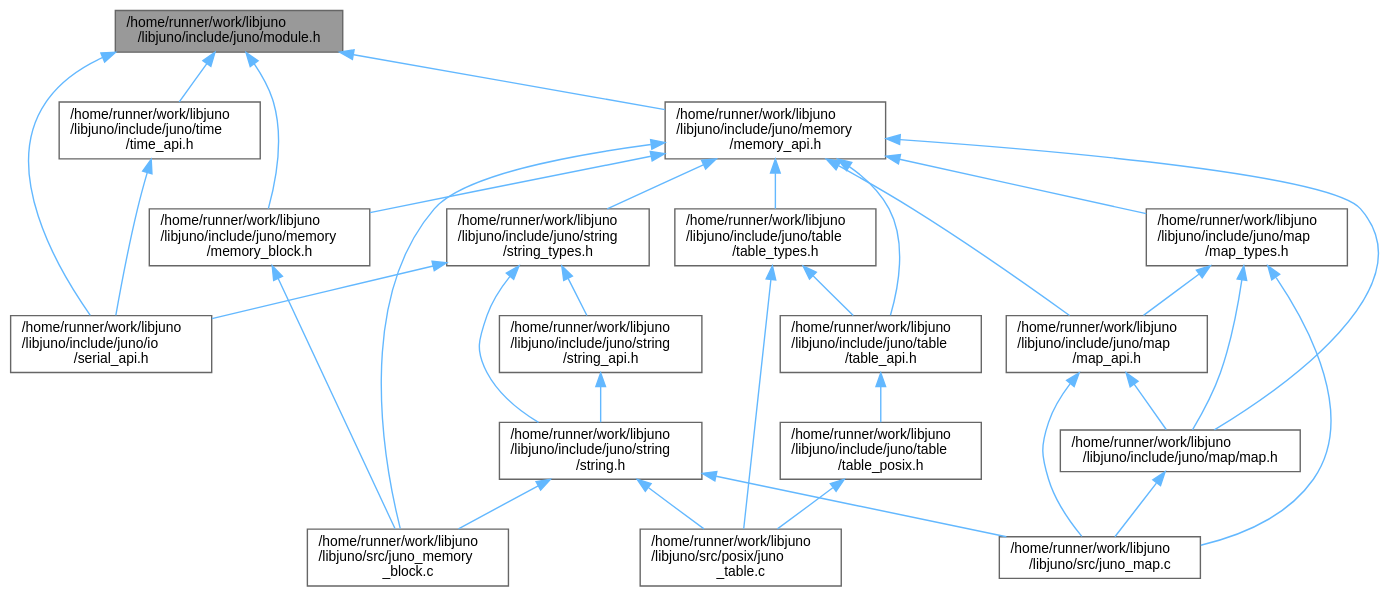
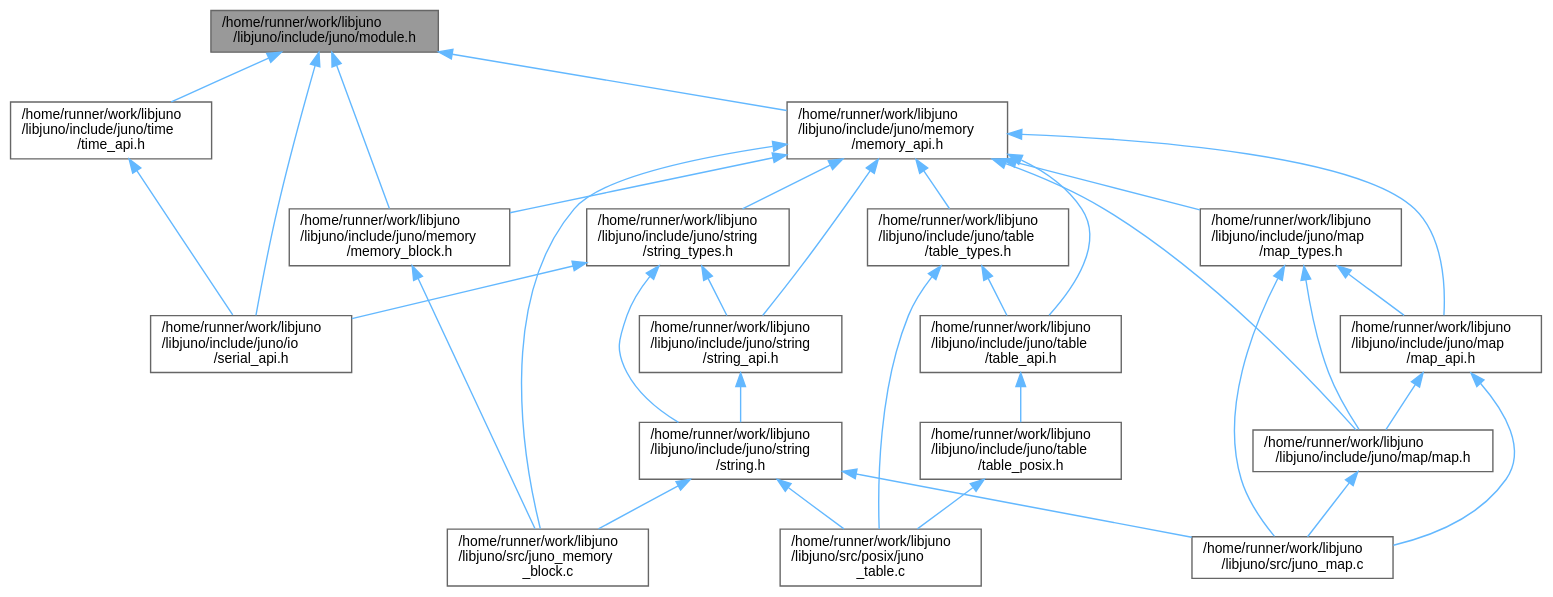
The diagram in module_8h__dep__incl.dot (robinonsay/libjuno), drawn with Graphviz before and after one commit. The commit also changed 192 other files, not shown here.

```diff
--- a/module_8h__dep__incl.dot
+++ b/module_8h__dep__incl.dot
@@ -1,55 +1,56 @@
 digraph "/home/runner/work/libjuno/libjuno/include/juno/module.h"
 {
  // LATEX_PDF_SIZE
   bgcolor="transparent";
   edge [fontname=Helvetica,fontsize=10,labelfontname=Helvetica,labelfontsize=10];
   node [fontname=Helvetica,fontsize=10,shape=box,height=0.2,width=0.4];
   Node1 [id="Node000001",label="/home/runner/work/libjuno\l/libjuno/include/juno/module.h",height=0.2,width=0.4,color="gray40", fillcolor="grey60", style="filled", fontcolor="black",tooltip=" "];
   Node1 -> Node2 [id="edge1_Node000001_Node000002",dir="back",color="steelblue1",style="solid",tooltip=" "];
   Node2 [id="Node000002",label="/home/runner/work/libjuno\l/libjuno/include/juno/io\l/serial_api.h",height=0.2,width=0.4,color="grey40", fillcolor="white", style="filled",URL="$serial__api_8h.html",tooltip=" "];
   Node1 -> Node3 [id="edge2_Node000001_Node000003",dir="back",color="steelblue1",style="solid",tooltip=" "];
   Node3 [id="Node000003",label="/home/runner/work/libjuno\l/libjuno/include/juno/memory\l/memory_api.h",height=0.2,width=0.4,color="grey40", fillcolor="white", style="filled",URL="$memory__api_8h.html",tooltip=" "];
   Node3 -> Node4 [id="edge3_Node000003_Node000004",dir="back",color="steelblue1",style="solid",tooltip=" "];
   Node4 [id="Node000004",label="/home/runner/work/libjuno\l/libjuno/include/juno/map/map.h",height=0.2,width=0.4,color="grey40", fillcolor="white", style="filled",URL="$map_8h.html",tooltip=" "];
   Node4 -> Node5 [id="edge4_Node000004_Node000005",dir="back",color="steelblue1",style="solid",tooltip=" "];
   Node5 [id="Node000005",label="/home/runner/work/libjuno\l/libjuno/src/juno_map.c",height=0.2,width=0.4,color="grey40", fillcolor="white", style="filled",URL="$juno__map_8c.html",tooltip=" "];
   Node3 -> Node6 [id="edge5_Node000003_Node000006",dir="back",color="steelblue1",style="solid",tooltip=" "];
   Node6 [id="Node000006",label="/home/runner/work/libjuno\l/libjuno/include/juno/map\l/map_api.h",height=0.2,width=0.4,color="grey40", fillcolor="white", style="filled",URL="$map__api_8h.html",tooltip=" "];
   Node6 -> Node4 [id="edge6_Node000006_Node000004",dir="back",color="steelblue1",style="solid",tooltip=" "];
   Node6 -> Node5 [id="edge7_Node000006_Node000005",dir="back",color="steelblue1",style="solid",tooltip=" "];
   Node3 -> Node7 [id="edge8_Node000003_Node000007",dir="back",color="steelblue1",style="solid",tooltip=" "];
   Node7 [id="Node000007",label="/home/runner/work/libjuno\l/libjuno/include/juno/map\l/map_types.h",height=0.2,width=0.4,color="grey40", fillcolor="white", style="filled",URL="$map__types_8h.html",tooltip=" "];
   Node7 -> Node4 [id="edge9_Node000007_Node000004",dir="back",color="steelblue1",style="solid",tooltip=" "];
   Node7 -> Node6 [id="edge10_Node000007_Node000006",dir="back",color="steelblue1",style="solid",tooltip=" "];
   Node7 -> Node5 [id="edge11_Node000007_Node000005",dir="back",color="steelblue1",style="solid",tooltip=" "];
   Node3 -> Node8 [id="edge12_Node000003_Node000008",dir="back",color="steelblue1",style="solid",tooltip=" "];
   Node8 [id="Node000008",label="/home/runner/work/libjuno\l/libjuno/include/juno/memory\l/memory_block.h",height=0.2,width=0.4,color="grey40", fillcolor="white", style="filled",URL="$memory__block_8h.html",tooltip=" "];
   Node8 -> Node9 [id="edge13_Node000008_Node000009",dir="back",color="steelblue1",style="solid",tooltip=" "];
   Node9 [id="Node000009",label="/home/runner/work/libjuno\l/libjuno/src/juno_memory\l_block.c",height=0.2,width=0.4,color="grey40", fillcolor="white", style="filled",URL="$juno__memory__block_8c.html",tooltip=" "];
   Node3 -> Node10 [id="edge14_Node000003_Node000010",dir="back",color="steelblue1",style="solid",tooltip=" "];
-  Node10 [id="Node000010",label="/home/runner/work/libjuno\l/libjuno/include/juno/string\l/string_types.h",height=0.2,width=0.4,color="grey40", fillcolor="white", style="filled",URL="$string__types_8h.html",tooltip=" "];
-  Node10 -> Node2 [id="edge15_Node000010_Node000002",dir="back",color="steelblue1",style="solid",tooltip=" "];
-  Node10 -> Node11 [id="edge16_Node000010_Node000011",dir="back",color="steelblue1",style="solid",tooltip=" "];
+  Node10 [id="Node000010",label="/home/runner/work/libjuno\l/libjuno/include/juno/string\l/string_api.h",height=0.2,width=0.4,color="grey40", fillcolor="white", style="filled",URL="$string__api_8h.html",tooltip=" "];
+  Node10 -> Node11 [id="edge15_Node000010_Node000011",dir="back",color="steelblue1",style="solid",tooltip=" "];
   Node11 [id="Node000011",label="/home/runner/work/libjuno\l/libjuno/include/juno/string\l/string.h",height=0.2,width=0.4,color="grey40", fillcolor="white", style="filled",URL="$string_8h.html",tooltip=" "];
-  Node11 -> Node5 [id="edge17_Node000011_Node000005",dir="back",color="steelblue1",style="solid",tooltip=" "];
-  Node11 -> Node9 [id="edge18_Node000011_Node000009",dir="back",color="steelblue1",style="solid",tooltip=" "];
-  Node11 -> Node12 [id="edge19_Node000011_Node000012",dir="back",color="steelblue1",style="solid",tooltip=" "];
+  Node11 -> Node5 [id="edge16_Node000011_Node000005",dir="back",color="steelblue1",style="solid",tooltip=" "];
+  Node11 -> Node9 [id="edge17_Node000011_Node000009",dir="back",color="steelblue1",style="solid",tooltip=" "];
+  Node11 -> Node12 [id="edge18_Node000011_Node000012",dir="back",color="steelblue1",style="solid",tooltip=" "];
   Node12 [id="Node000012",label="/home/runner/work/libjuno\l/libjuno/src/posix/juno\l_table.c",height=0.2,width=0.4,color="grey40", fillcolor="white", style="filled",URL="$juno__table_8c.html",tooltip=" "];
-  Node10 -> Node13 [id="edge20_Node000010_Node000013",dir="back",color="steelblue1",style="solid",tooltip=" "];
-  Node13 [id="Node000013",label="/home/runner/work/libjuno\l/libjuno/include/juno/string\l/string_api.h",height=0.2,width=0.4,color="grey40", fillcolor="white", style="filled",URL="$string__api_8h.html",tooltip=" "];
+  Node3 -> Node13 [id="edge19_Node000003_Node000013",dir="back",color="steelblue1",style="solid",tooltip=" "];
+  Node13 [id="Node000013",label="/home/runner/work/libjuno\l/libjuno/include/juno/string\l/string_types.h",height=0.2,width=0.4,color="grey40", fillcolor="white", style="filled",URL="$string__types_8h.html",tooltip=" "];
+  Node13 -> Node2 [id="edge20_Node000013_Node000002",dir="back",color="steelblue1",style="solid",tooltip=" "];
   Node13 -> Node11 [id="edge21_Node000013_Node000011",dir="back",color="steelblue1",style="solid",tooltip=" "];
-  Node3 -> Node14 [id="edge22_Node000003_Node000014",dir="back",color="steelblue1",style="solid",tooltip=" "];
+  Node13 -> Node10 [id="edge22_Node000013_Node000010",dir="back",color="steelblue1",style="solid",tooltip=" "];
+  Node3 -> Node14 [id="edge23_Node000003_Node000014",dir="back",color="steelblue1",style="solid",tooltip=" "];
   Node14 [id="Node000014",label="/home/runner/work/libjuno\l/libjuno/include/juno/table\l/table_api.h",height=0.2,width=0.4,color="grey40", fillcolor="white", style="filled",URL="$table__api_8h.html",tooltip=" "];
-  Node14 -> Node15 [id="edge23_Node000014_Node000015",dir="back",color="steelblue1",style="solid",tooltip=" "];
+  Node14 -> Node15 [id="edge24_Node000014_Node000015",dir="back",color="steelblue1",style="solid",tooltip=" "];
   Node15 [id="Node000015",label="/home/runner/work/libjuno\l/libjuno/include/juno/table\l/table_posix.h",height=0.2,width=0.4,color="grey40", fillcolor="white", style="filled",URL="$table__posix_8h.html",tooltip=" "];
-  Node15 -> Node12 [id="edge24_Node000015_Node000012",dir="back",color="steelblue1",style="solid",tooltip=" "];
-  Node3 -> Node16 [id="edge25_Node000003_Node000016",dir="back",color="steelblue1",style="solid",tooltip=" "];
+  Node15 -> Node12 [id="edge25_Node000015_Node000012",dir="back",color="steelblue1",style="solid",tooltip=" "];
+  Node3 -> Node16 [id="edge26_Node000003_Node000016",dir="back",color="steelblue1",style="solid",tooltip=" "];
   Node16 [id="Node000016",label="/home/runner/work/libjuno\l/libjuno/include/juno/table\l/table_types.h",height=0.2,width=0.4,color="grey40", fillcolor="white", style="filled",URL="$table__types_8h.html",tooltip=" "];
-  Node16 -> Node14 [id="edge26_Node000016_Node000014",dir="back",color="steelblue1",style="solid",tooltip=" "];
-  Node16 -> Node12 [id="edge27_Node000016_Node000012",dir="back",color="steelblue1",style="solid",tooltip=" "];
-  Node3 -> Node9 [id="edge28_Node000003_Node000009",dir="back",color="steelblue1",style="solid",tooltip=" "];
-  Node1 -> Node8 [id="edge29_Node000001_Node000008",dir="back",color="steelblue1",style="solid",tooltip=" "];
-  Node1 -> Node17 [id="edge30_Node000001_Node000017",dir="back",color="steelblue1",style="solid",tooltip=" "];
+  Node16 -> Node14 [id="edge27_Node000016_Node000014",dir="back",color="steelblue1",style="solid",tooltip=" "];
+  Node16 -> Node12 [id="edge28_Node000016_Node000012",dir="back",color="steelblue1",style="solid",tooltip=" "];
+  Node3 -> Node9 [id="edge29_Node000003_Node000009",dir="back",color="steelblue1",style="solid",tooltip=" "];
+  Node1 -> Node8 [id="edge30_Node000001_Node000008",dir="back",color="steelblue1",style="solid",tooltip=" "];
+  Node1 -> Node17 [id="edge31_Node000001_Node000017",dir="back",color="steelblue1",style="solid",tooltip=" "];
   Node17 [id="Node000017",label="/home/runner/work/libjuno\l/libjuno/include/juno/time\l/time_api.h",height=0.2,width=0.4,color="grey40", fillcolor="white", style="filled",URL="$time__api_8h.html",tooltip=" "];
-  Node17 -> Node2 [id="edge31_Node000017_Node000002",dir="back",color="steelblue1",style="solid",tooltip=" "];
+  Node17 -> Node2 [id="edge32_Node000017_Node000002",dir="back",color="steelblue1",style="solid",tooltip=" "];
 }
```
